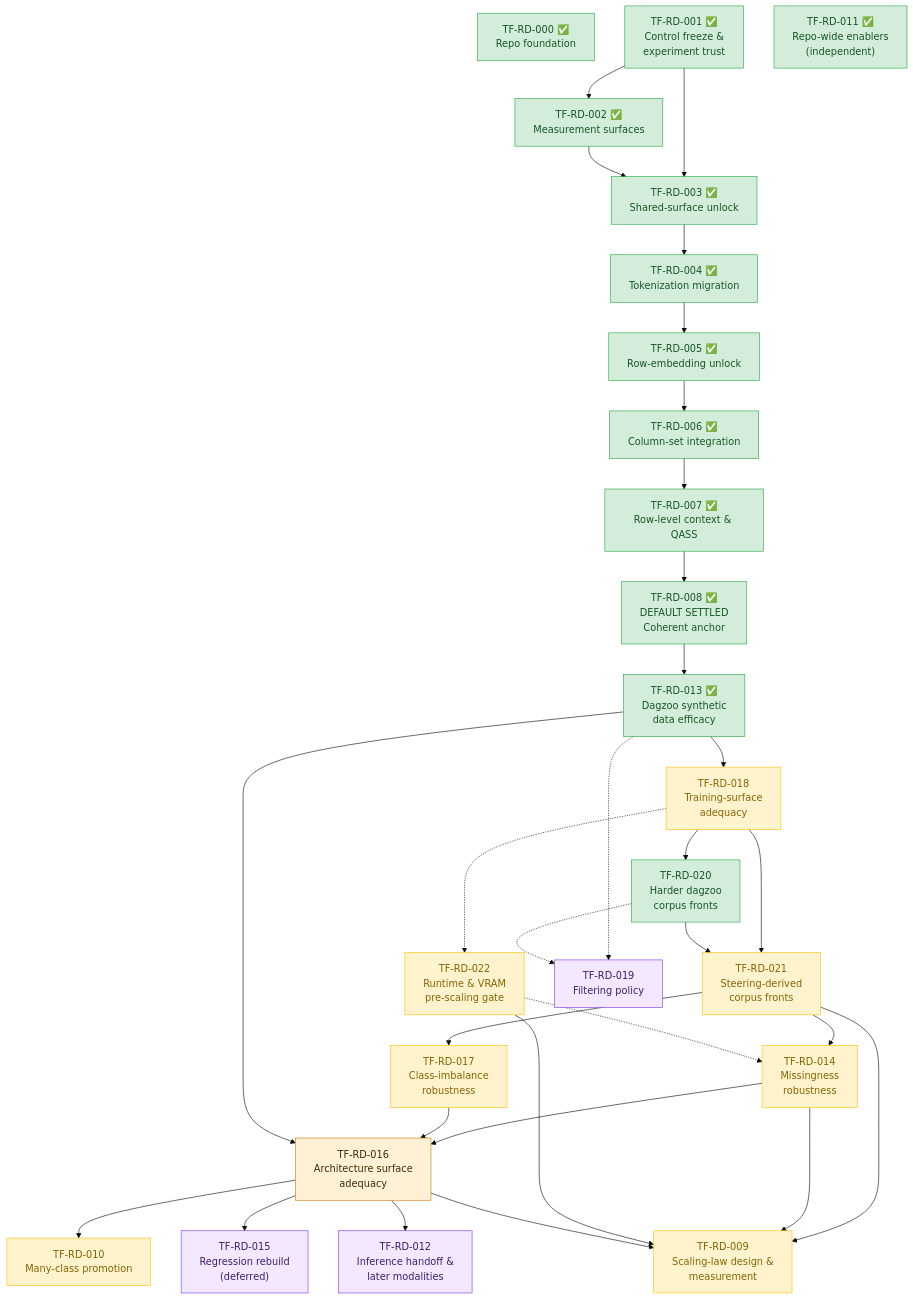
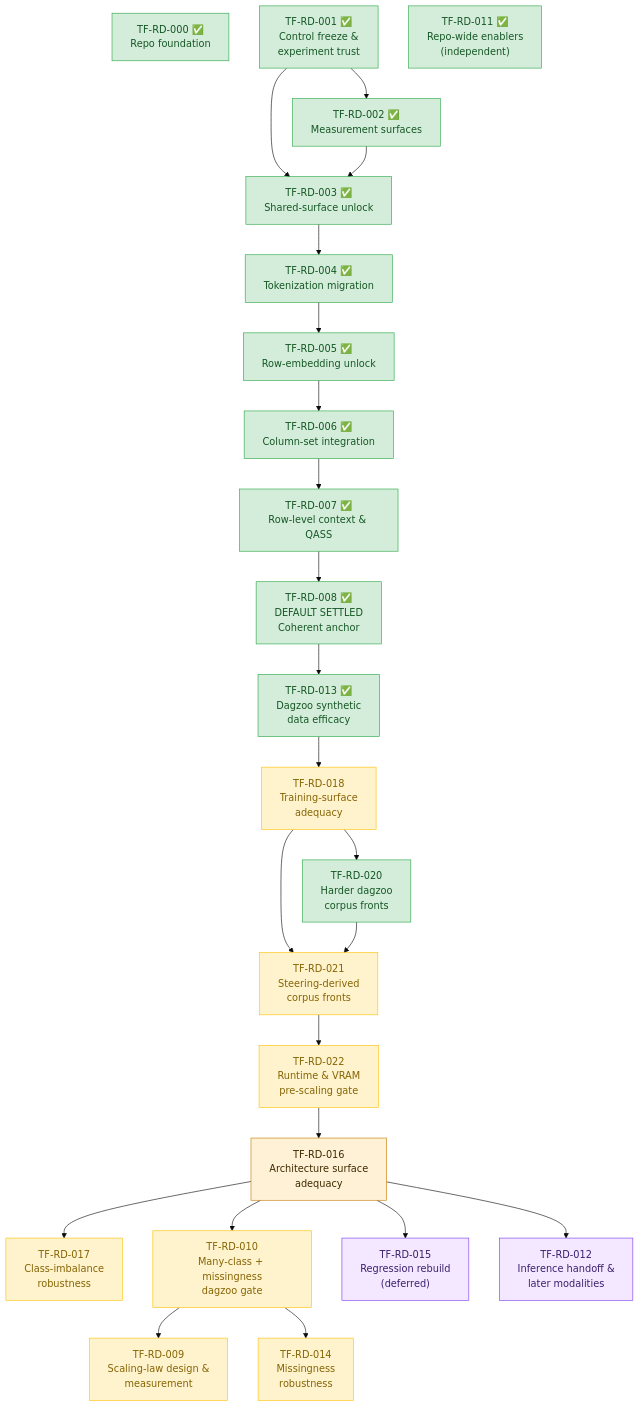
Before and after one commit to bensonlee5/tab-foundry: the diagram in docs/development/roadmap.md, drawn with Mermaid (base theme). The commit also changed other lines of this file and 10 other files, not shown here.

Commit message:
Realign roadmap around multiclass missingness scaling

````diff
--- a/docs/development/roadmap.md
+++ b/docs/development/roadmap.md
@@ -187,69 +185,60 @@
 ```mermaid
 flowchart TD
     RD000["TF-RD-000 ✅<br/>Repo foundation"]
 
     RD001["TF-RD-001 ✅<br/>Control freeze &<br/>experiment trust"]
     RD002["TF-RD-002 ✅<br/>Measurement surfaces"]
     RD011["TF-RD-011 ✅<br/>Repo-wide enablers<br/>(independent)"]
 
     RD003["TF-RD-003 ✅<br/>Shared-surface unlock"]
     RD004["TF-RD-004 ✅<br/>Tokenization migration"]
     RD005["TF-RD-005 ✅<br/>Row-embedding unlock"]
     RD006["TF-RD-006 ✅<br/>Column-set integration"]
     RD007["TF-RD-007 ✅<br/>Row-level context & QASS"]
     RD008["TF-RD-008 ✅<br/>DEFAULT SETTLED<br/>Coherent anchor"]
     RD013["TF-RD-013 ✅<br/>Dagzoo synthetic<br/>data efficacy"]
     RD018["TF-RD-018<br/>Training-surface<br/>adequacy"]
     RD020["TF-RD-020<br/>Harder dagzoo<br/>corpus fronts"]
     RD021["TF-RD-021<br/>Steering-derived<br/>corpus fronts"]
     RD022["TF-RD-022<br/>Runtime & VRAM<br/>pre-scaling gate"]
-    RD019["TF-RD-019<br/>Filtering policy"]
     RD014["TF-RD-014<br/>Missingness<br/>robustness"]
     RD017["TF-RD-017<br/>Class-imbalance<br/>robustness"]
     RD016["TF-RD-016<br/>Architecture surface<br/>adequacy"]
-    RD010["TF-RD-010<br/>Many-class promotion"]
+    RD010["TF-RD-010<br/>Many-class + missingness<br/>dagzoo gate"]
     RD015["TF-RD-015<br/>Regression rebuild<br/>(deferred)"]
     RD012["TF-RD-012<br/>Inference handoff &<br/>later modalities"]
     RD009["TF-RD-009<br/>Scaling-law design &<br/>measurement"]
 
     RD001 --> RD002
     RD001 --> RD003
     RD002 --> RD003
     RD003 --> RD004
     RD004 --> RD005
     RD005 --> RD006
     RD006 --> RD007
     RD007 --> RD008
     RD008 --> RD013
     RD013 --> RD018
     RD018 --> RD020
     RD018 --> RD021
-    RD018 -.-> RD022
     RD020 --> RD021
-    RD013 -.-> RD019
-    RD020 -.-> RD019
-    RD021 --> RD014
-    RD021 --> RD017
-    RD021 --> RD009
-    RD022 -.-> RD014
-    RD014 --> RD016
-    RD014 --> RD009
-    RD017 --> RD016
-    RD013 --> RD016
+    RD021 --> RD022
+    RD022 --> RD016
     RD016 --> RD010
+    RD010 --> RD009
+    RD010 --> RD014
+    RD016 --> RD017
     RD016 --> RD015
     RD016 --> RD012
-    RD022 --> RD009
-    RD016 --> RD009
 
     classDef done fill:#d4edda,stroke:#28a745,color:#155724;
     classDef readyNow fill:#fff3cd,stroke:#ffc107,color:#856404;
     classDef now fill:#fce4ec,stroke:#e91e63,color:#880e4f;
     classDef gate fill:#fff1d6,stroke:#c67a00,color:#3d2a00;
     classDef later fill:#f3e8ff,stroke:#7c3aed,color:#3b1f6e;
 
     class RD000,RD001,RD002,RD003,RD004,RD005,RD006,RD007,RD008,RD011,RD013,RD020 done;
     class RD009,RD018,RD021,RD022,RD014,RD017,RD010 readyNow;
     class RD016 gate;
-    class RD012,RD015,RD019 later;
+    class RD012,RD015 later;
 ```
````
